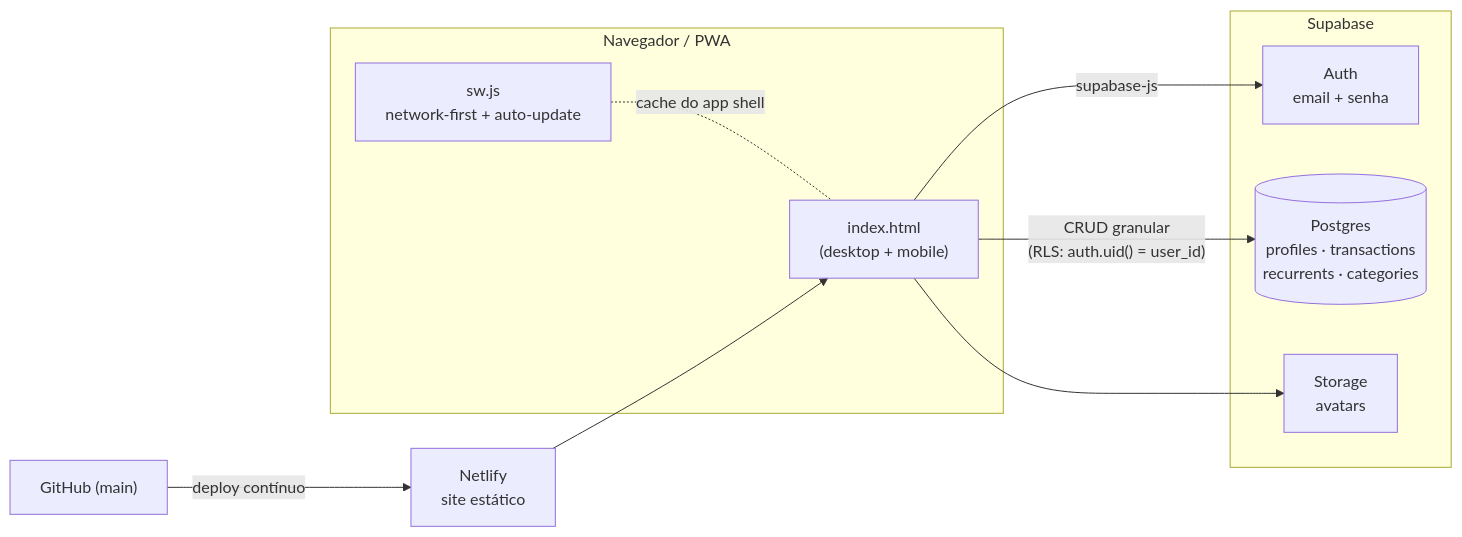
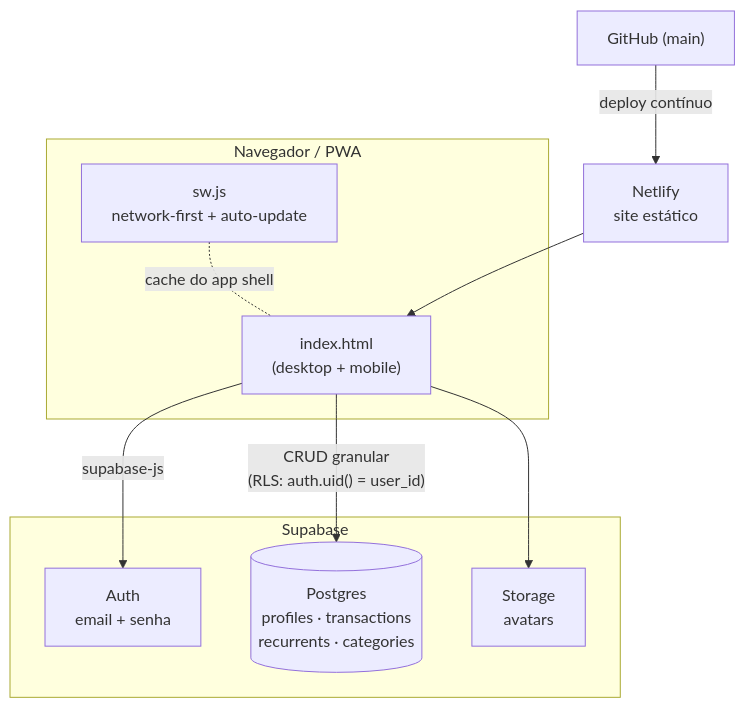
One commit to gabrielcastro08/numi-finance changed the diagram in README.md. Above: the diagram before and after it, drawn with Mermaid.

Commit message:
README: diagrama de arquitetura na vertical

````diff
--- a/README.md
+++ b/README.md
@@ -41,18 +41,18 @@
 ```mermaid
-flowchart LR
+flowchart TB
     subgraph Cliente["Navegador / PWA"]
         UI["index.html<br/>(desktop + mobile)"]
         SW["sw.js<br/>network-first + auto-update"]
     end
     subgraph Supabase
         AUTH["Auth<br/>email + senha"]
         DB[("Postgres<br/>profiles · transactions<br/>recurrents · categories")]
         ST["Storage<br/>avatars"]
     end
     UI -- supabase-js --> AUTH
     UI -- "CRUD granular<br/>(RLS: auth.uid() = user_id)" --> DB
     UI --> ST
     SW -. cache do app shell .- UI
     GH["GitHub (main)"] -- deploy contínuo --> NET["Netlify<br/>site estático"]
     NET --> UI
 ```
````
